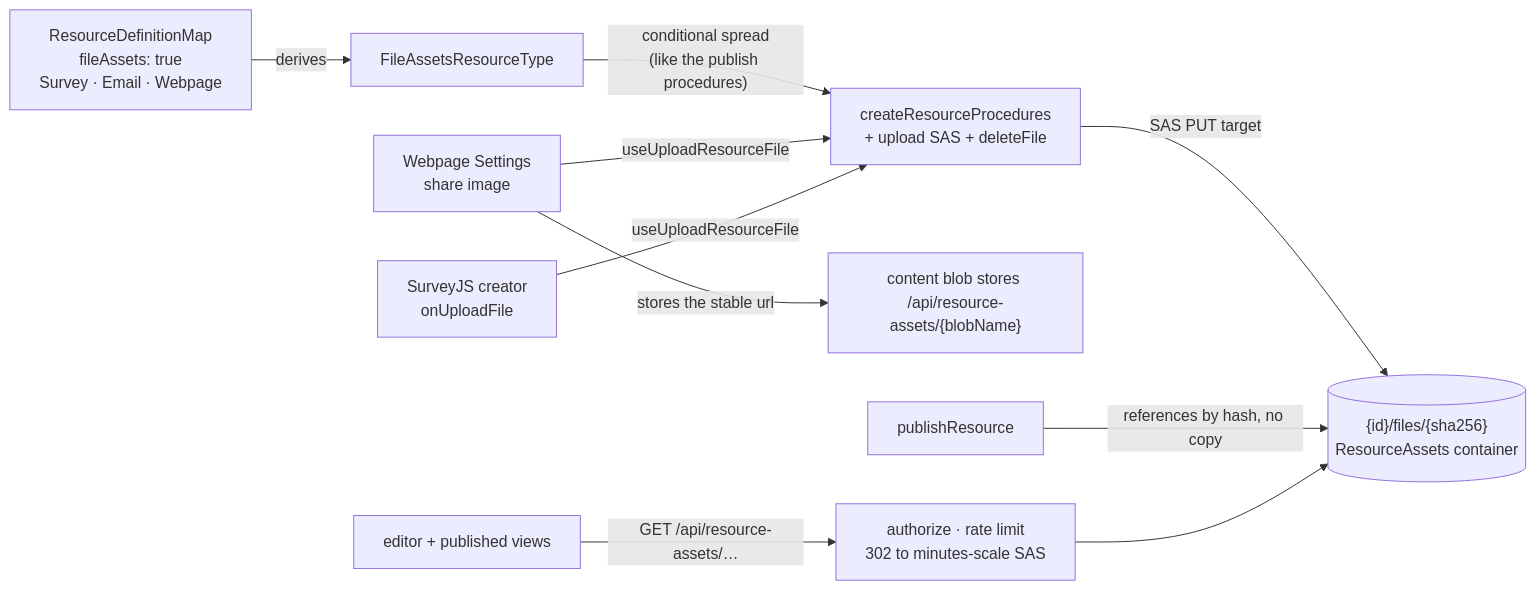
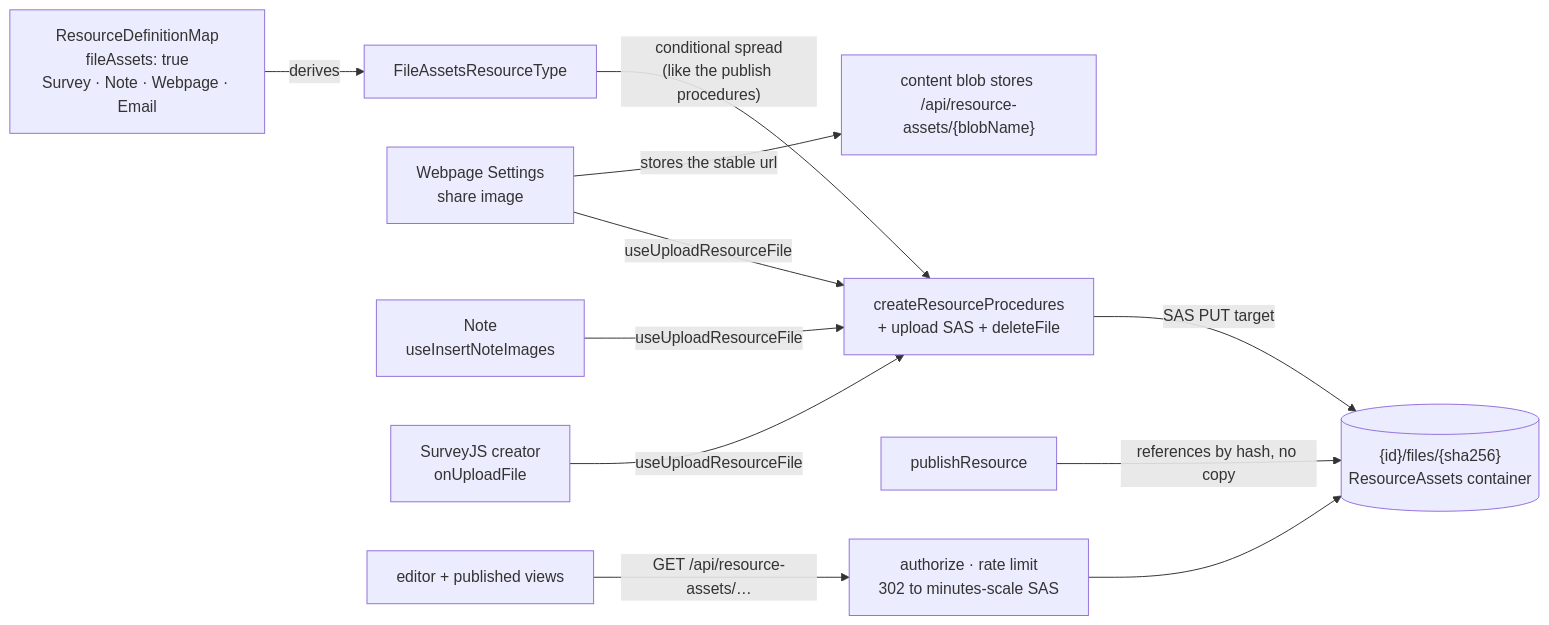
The diagram in openspec/specs/resource/resource-file-assets/design.md (Esposter/Esposter), drawn with Mermaid before and after one commit. The commit also changed other lines of this file, not shown here.

Commit message:
docs(openspec): the file-assets adopters are the three that upload, Note and Webpage and Survey, not Email
Email still declares fileAssets ahead of the page builder's image style fields, but no Email code calls the upload path yet.

````diff
--- a/openspec/specs/resource/resource-file-assets/design.md
+++ b/openspec/specs/resource/resource-file-assets/design.md
@@ -11,12 +11,13 @@
 ```mermaid
 flowchart LR
-  DEF["ResourceDefinitionMap<br/>fileAssets: true<br/>Survey · Email · Webpage"] -->|derives| UNION["FileAssetsResourceType"]
+  DEF["ResourceDefinitionMap<br/>fileAssets: true<br/>Survey · Note · Webpage · Email"] -->|derives| UNION["FileAssetsResourceType"]
   UNION -->|"conditional spread<br/>(like the publish procedures)"| FACTORY["createResourceProcedures<br/>+ upload SAS + deleteFile"]
   WS["Webpage Settings<br/>share image"] -->|"useUploadResourceFile"| FACTORY
+  NOTE["Note<br/>useInsertNoteImages"] -->|useUploadResourceFile| FACTORY
   CREATOR["SurveyJS creator<br/>onUploadFile"] -->|useUploadResourceFile| FACTORY
   FACTORY -->|SAS PUT target| BLOB[("{id}/files/{sha256}<br/>ResourceAssets container")]
   WS -->|"stores the stable url"| CANVAS["content blob stores /api/resource-assets/{blobName}"]
   PUB["publishResource"] -->|"references by hash, no copy"| BLOB
   VIEW["editor + published views"] -->|"GET /api/resource-assets/…"| EP["authorize · rate limit<br/>302 to minutes-scale SAS"]
   EP --> BLOB
 ```
````
